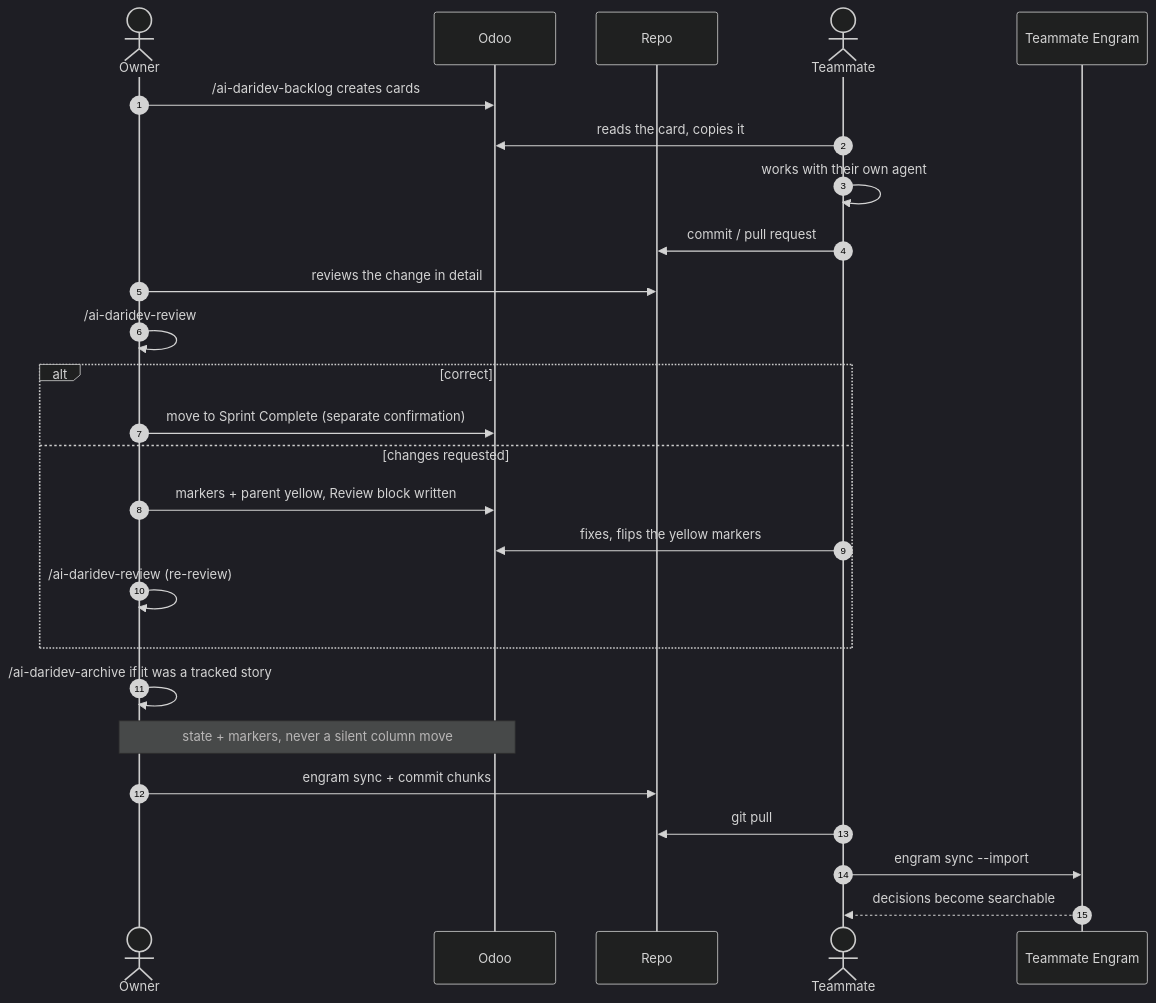
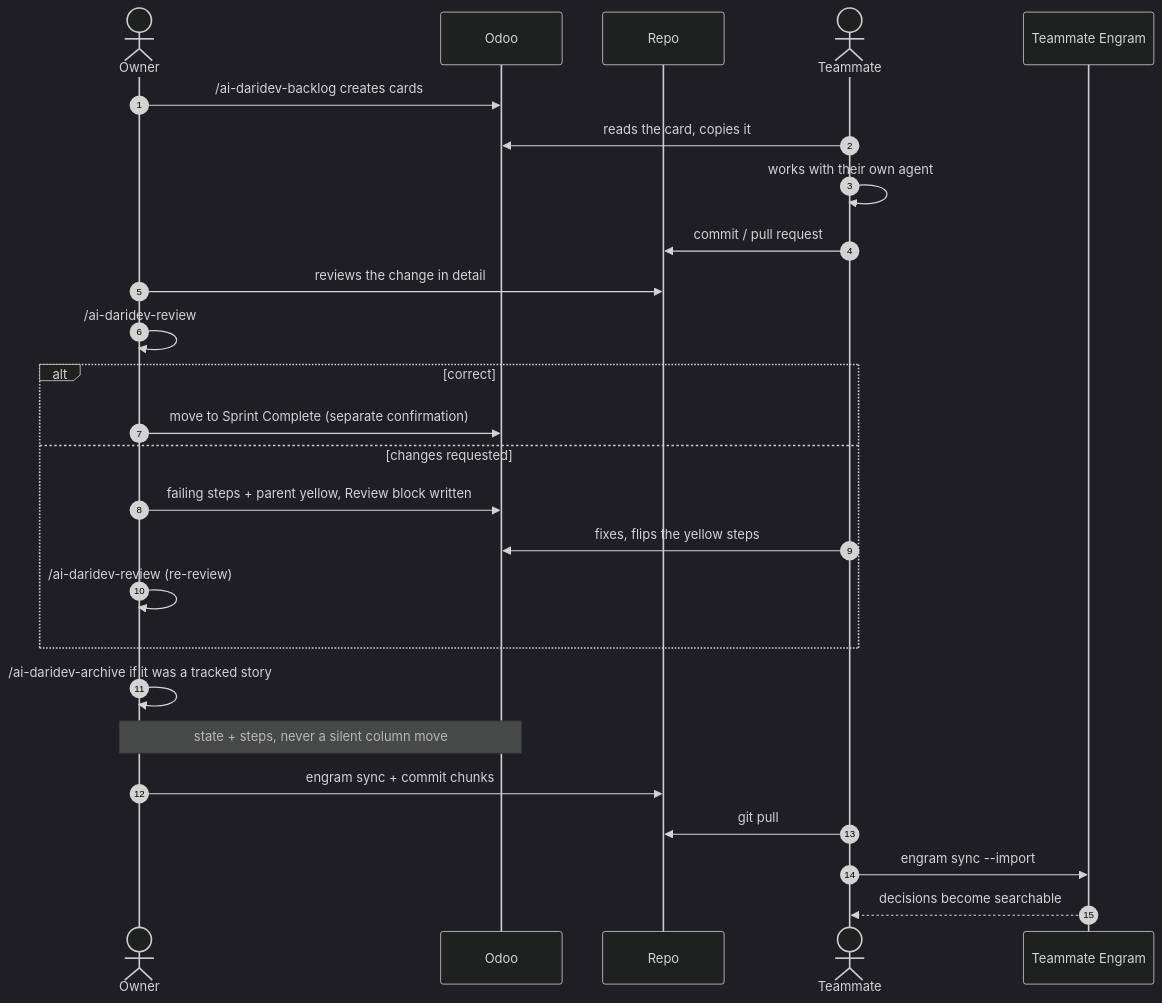
One commit to darideveloper/ai-daridev changed the diagram in docs/team.md. Above: the diagram before and after it, drawn with Mermaid (dark theme). The commit also changed other lines of this file and 23 other files, not shown here.

````diff
--- a/docs/team.md
+++ b/docs/team.md
@@ -42,29 +45,29 @@
 ```mermaid
 sequenceDiagram
     autonumber
     actor Owner
     participant O as Odoo
     participant R as Repo
     actor T as Teammate
     participant TE as Teammate Engram
 
     Owner->>O: /ai-daridev-backlog creates cards
     T->>O: reads the card, copies it
     T->>T: works with their own agent
     T->>R: commit / pull request
     Owner->>R: reviews the change in detail
     Owner->>Owner: /ai-daridev-review
     alt correct
         Owner->>O: move to Sprint Complete (separate confirmation)
     else changes requested
-        Owner->>O: markers + parent yellow, Review block written
-        T->>O: fixes, flips the yellow markers
+        Owner->>O: failing steps + parent yellow, Review block written
+        T->>O: fixes, flips the yellow steps
         Owner->>Owner: /ai-daridev-review (re-review)
     end
     Owner->>Owner: /ai-daridev-archive if it was a tracked story
-    Note over Owner,O: state + markers, never a silent column move
+    Note over Owner,O: state + steps, never a silent column move
     Owner->>R: engram sync + commit chunks
     T->>R: git pull
     T->>TE: engram sync --import
     TE-->>T: decisions become searchable
 ```
````
